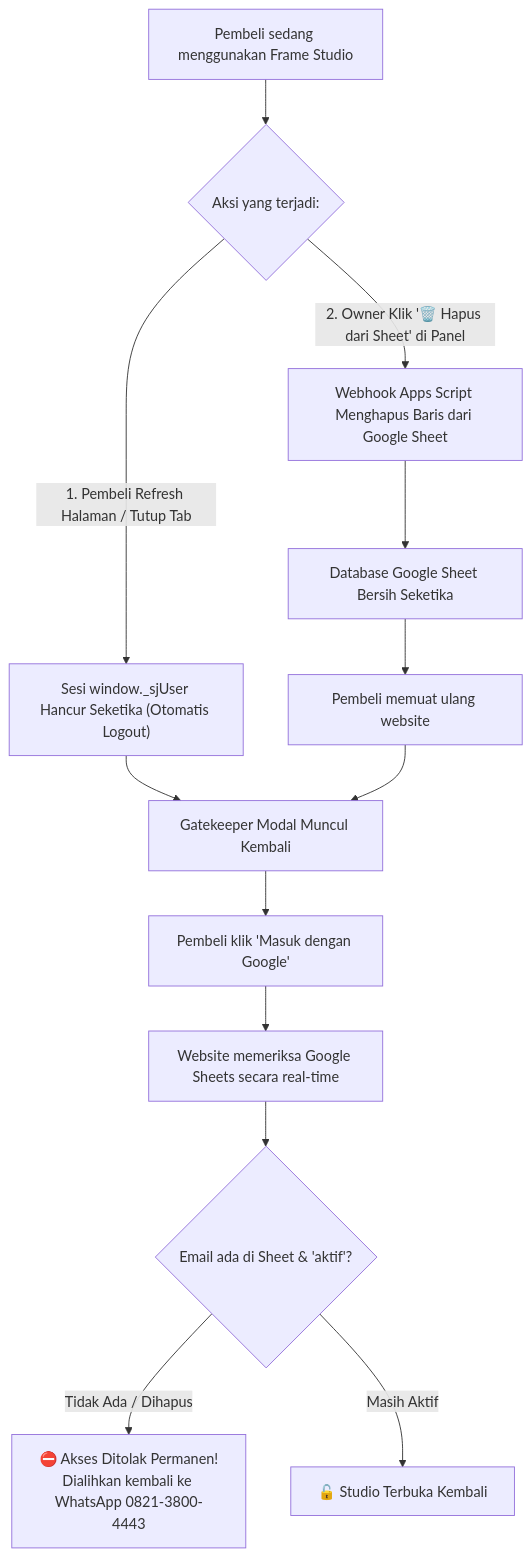
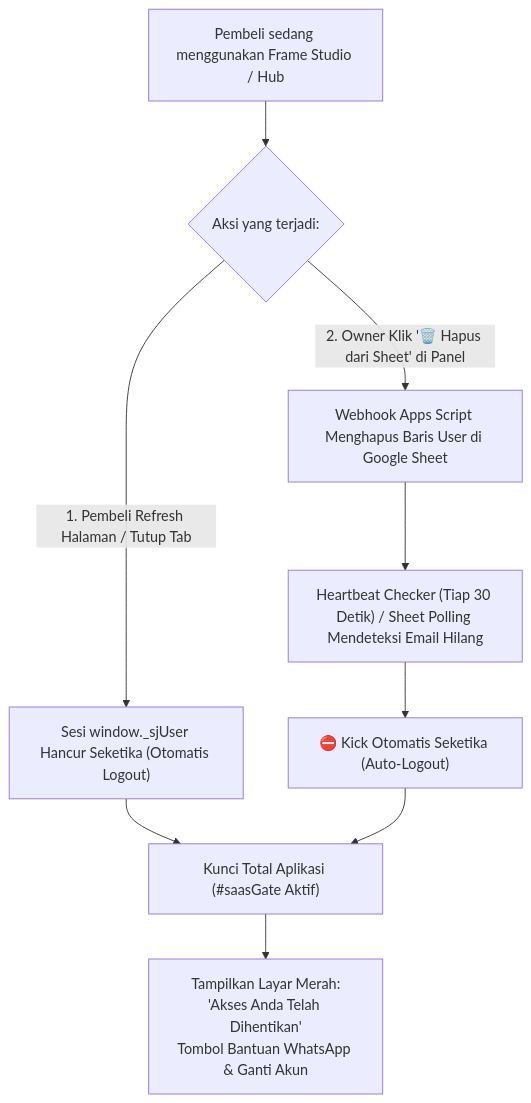
The second of 3 diagrams in DOKUMENTASI_PROYEK_SJ_FRAME.md (yopisonhaji/sj-frame), drawn with Mermaid before and after one commit. The commit also changed other lines of this file and 1 other file, not shown here.

Commit message:
Add Post-Login 2-Menu Portal Hub (Edit Video Frame & Clip Satujalan) and update documentation

````diff
--- a/DOKUMENTASI_PROYEK_SJ_FRAME.md
+++ b/DOKUMENTASI_PROYEK_SJ_FRAME.md
@@ -71,19 +82,15 @@
 ```mermaid
 flowchart TD
-    UserActive["Pembeli sedang menggunakan Frame Studio"] --> EventChoice{"Aksi yang terjadi:"}
+    UserActive["Pembeli sedang menggunakan Frame Studio / Hub"] --> EventChoice{"Aksi yang terjadi:"}
     
     EventChoice -- 1. Pembeli Refresh Halaman / Tutup Tab --> MemoryCleared["Sesi window._sjUser Hancur Seketika (Otomatis Logout)"]
-    EventChoice -- 2. Owner Klik '🗑️ Hapus dari Sheet' di Panel --> WebhookDelete["Webhook Apps Script Menghapus Baris dari Google Sheet"]
+    EventChoice -- 2. Owner Klik '🗑️ Hapus dari Sheet' di Panel --> WebhookDelete["Webhook Apps Script Menghapus Baris User di Google Sheet"]
     
-    WebhookDelete --> SheetUpdated["Database Google Sheet Bersih Seketika"]
-    SheetUpdated --> UserRefreshes["Pembeli memuat ulang website"]
-    MemoryCleared --> GateRecheck["Gatekeeper Modal Muncul Kembali"]
-    UserRefreshes --> GateRecheck
+    WebhookDelete --> HeartbeatDetect["Heartbeat Checker (Tiap 30 Detik) / Sheet Polling Mendeteksi Email Hilang"]
+    HeartbeatDetect --> ForceKick["⛔ Kick Otomatis Seketika (Auto-Logout)"]
     
-    GateRecheck --> Relogin["Pembeli klik 'Masuk dengan Google'"]
-    Relogin --> QuerySheet["Website memeriksa Google Sheets secara real-time"]
+    MemoryCleared --> LockApp["Kunci Total Aplikasi (#saasGate Aktif)"]
+    ForceKick --> LockApp
     
-    QuerySheet --> EvaluateStatus{"Email ada di Sheet & 'aktif'?"}
-    EvaluateStatus -- Tidak Ada / Dihapus --> LockOut["⛔ Akses Ditolak Permanen!<br/>Dialihkan kembali ke WhatsApp 0821-3800-4443"]
-    EvaluateStatus -- Masih Aktif --> ReUnlock["🔓 Studio Terbuka Kembali"]
+    LockApp --> ShowRevokedBanner["Tampilkan Layar Merah:<br/>'Akses Anda Telah Dihentikan'<br/>Tombol Bantuan WhatsApp & Ganti Akun"]
 ```
````
